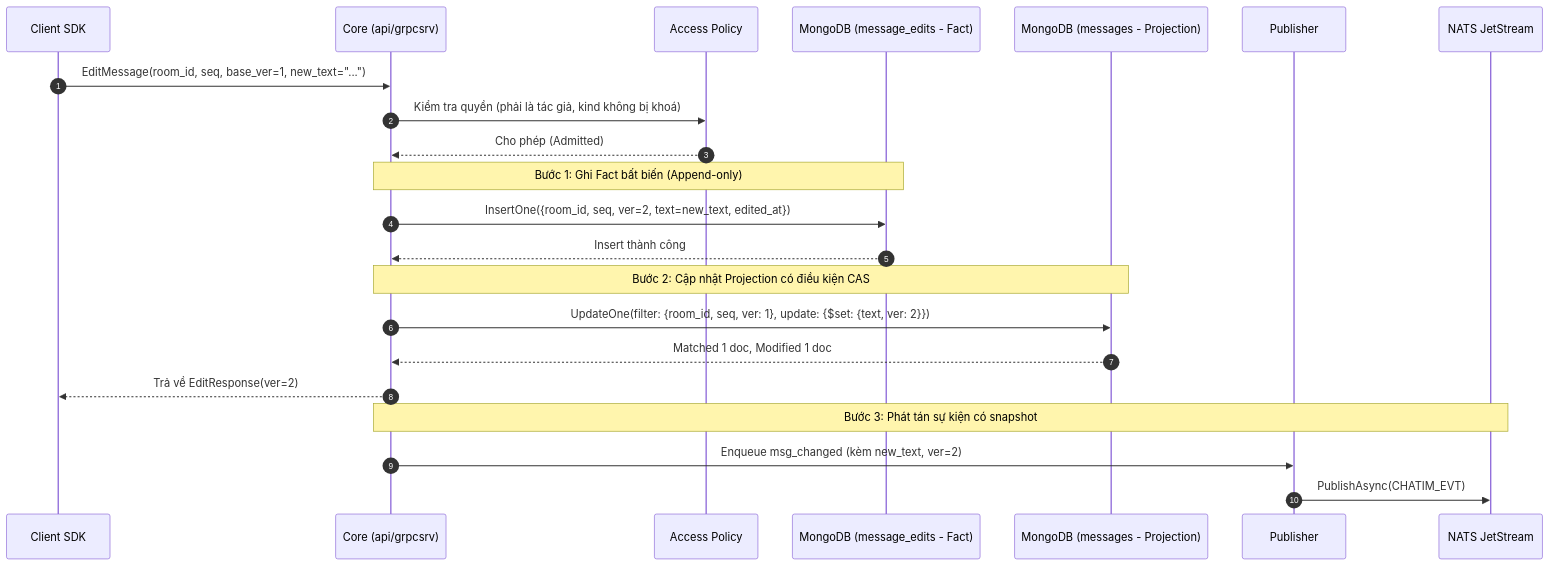
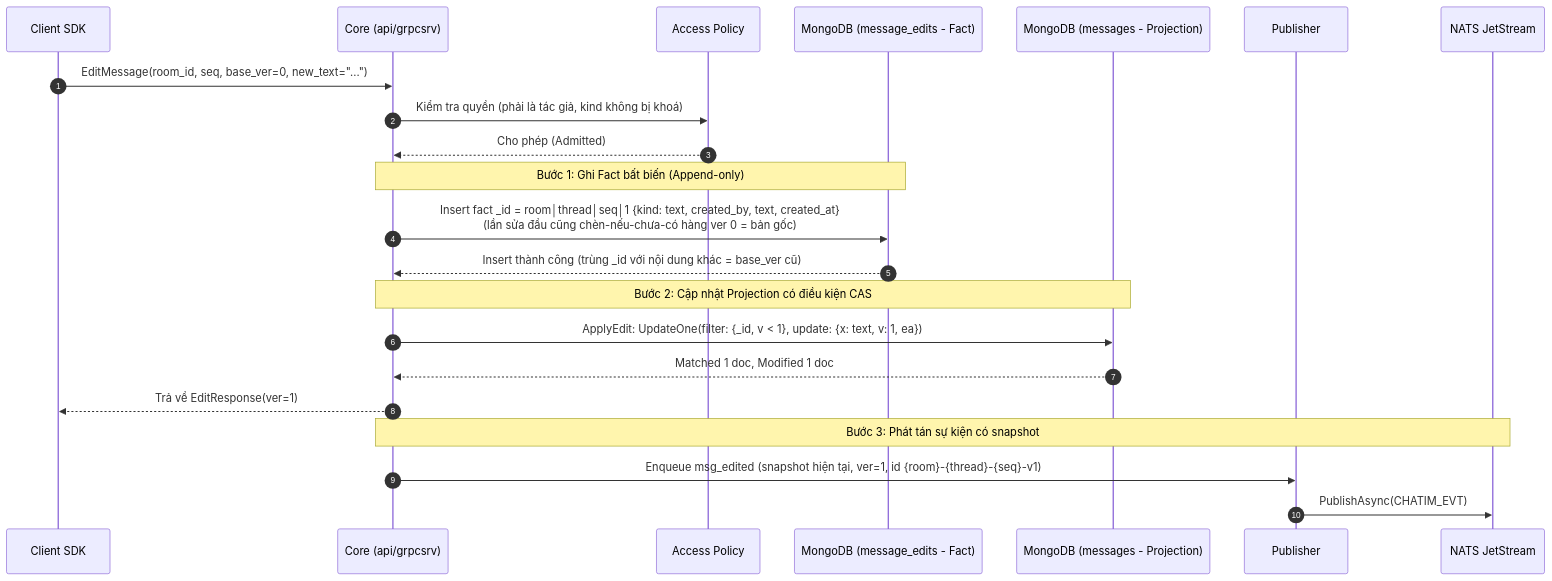
The second of 2 diagrams in docs/modules/03-feature-message-edit-delete-and-privacy.md (ivannguyendev/chatim), drawn with Mermaid before and after one commit. The commit also changed other lines of this file and 12 other files, not shown here.

````diff
--- a/docs/modules/03-feature-message-edit-delete-and-privacy.md
+++ b/docs/modules/03-feature-message-edit-delete-and-privacy.md
@@ -59,29 +59,29 @@
 ```mermaid
 sequenceDiagram
     autonumber
     participant Client as Client SDK
     participant Core as Core (api/grpcsrv)
     participant Policy as Access Policy
     participant Edits as MongoDB (message_edits - Fact)
     participant Msgs as MongoDB (messages - Projection)
     participant Pub as Publisher
     participant NATS as NATS JetStream
 
-    Client->>Core: EditMessage(room_id, seq, base_ver=1, new_text="...")
+    Client->>Core: EditMessage(room_id, seq, base_ver=0, new_text="...")
     Core->>Policy: Kiểm tra quyền (phải là tác giả, kind không bị khoá)
     Policy-->>Core: Cho phép (Admitted)
 
     Note over Core,Edits: Bước 1: Ghi Fact bất biến (Append-only)
-    Core->>Edits: InsertOne({room_id, seq, ver=2, text=new_text, edited_at})
-    Edits-->>Core: Insert thành công
+    Core->>Edits: Insert fact _id = room│thread│seq│1 {kind: text, created_by, text, created_at}<br/>(lần sửa đầu cũng chèn-nếu-chưa-có hàng ver 0 = bản gốc)
+    Edits-->>Core: Insert thành công (trùng _id với nội dung khác = base_ver cũ)
 
     Note over Core,Msgs: Bước 2: Cập nhật Projection có điều kiện CAS
-    Core->>Msgs: UpdateOne(filter: {room_id, seq, ver: 1}, update: {$set: {text, ver: 2}})
+    Core->>Msgs: ApplyEdit: UpdateOne(filter: {_id, v < 1}, update: {x: text, v: 1, ea})
     Msgs-->>Core: Matched 1 doc, Modified 1 doc
 
-    Core-->>Client: Trả về EditResponse(ver=2)
+    Core-->>Client: Trả về EditResponse(ver=1)
 
     Note over Core,NATS: Bước 3: Phát tán sự kiện có snapshot
-    Core->>Pub: Enqueue msg_changed (kèm new_text, ver=2)
+    Core->>Pub: Enqueue msg_edited (snapshot hiện tại, ver=1, id {room}-{thread}-{seq}-v1)
     Pub->>NATS: PublishAsync(CHATIM_EVT)
 ```
````
